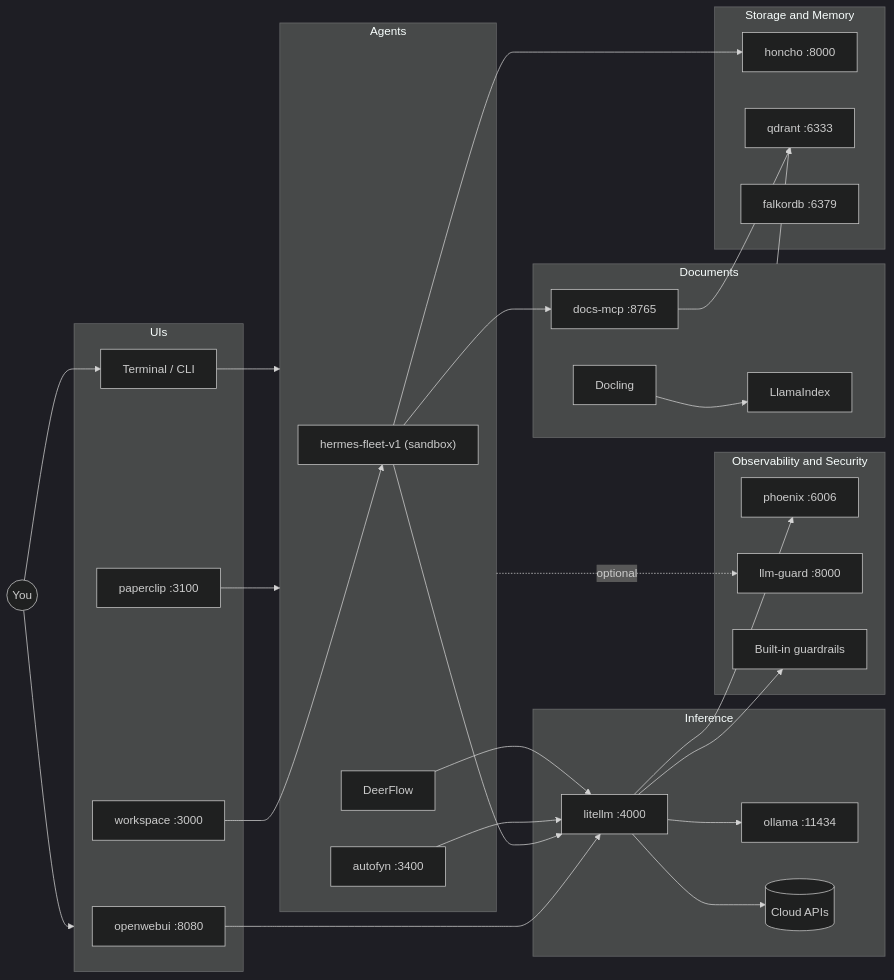
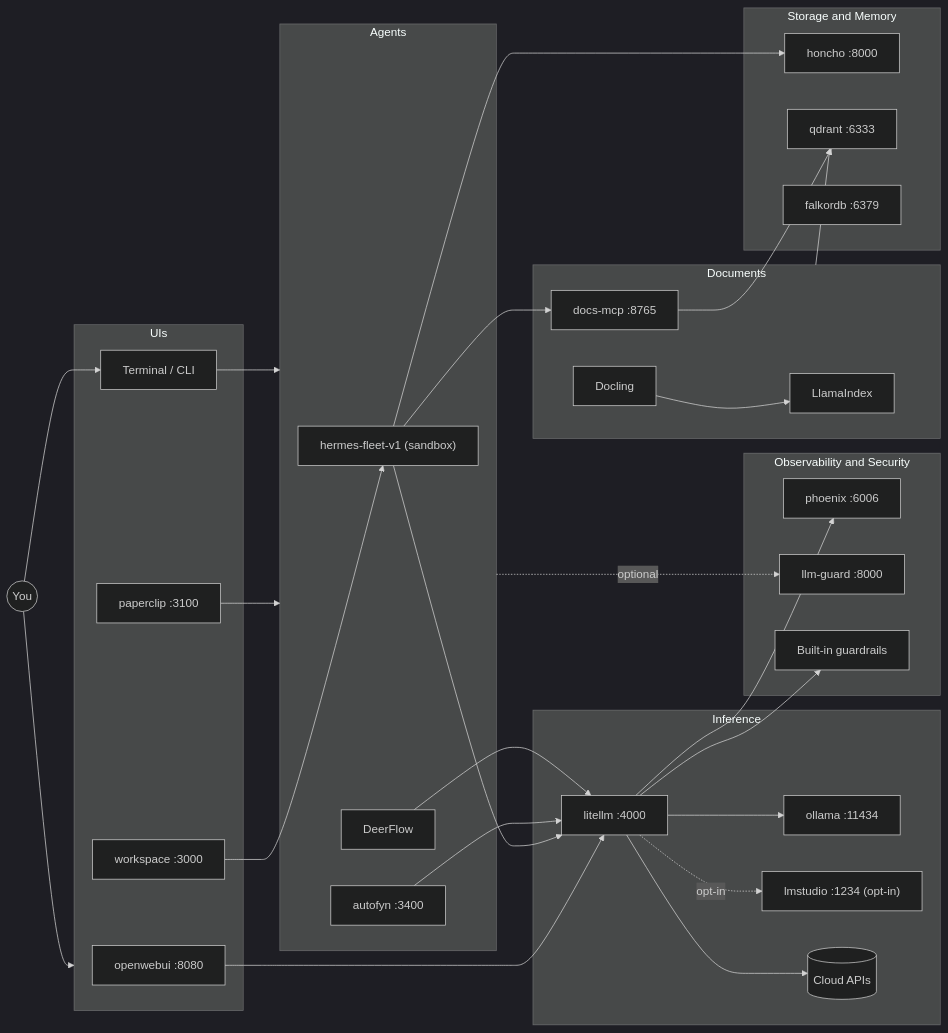
The first of 16 diagrams in doc/DIAGRAMS.md (mayssamj/versatile-ai-stack), drawn with Mermaid (dark theme) before and after one commit. The commit also changed other lines of this file and 16 other files, not shown here.

````diff
--- a/doc/DIAGRAMS.md
+++ b/doc/DIAGRAMS.md
@@ -36,67 +36,69 @@
 ```mermaid
 flowchart LR
   You((You))
 
   subgraph UIs[UIs]
     OWU[openwebui :8080]
     HW[workspace :3000]
     PC[paperclip :3100]
     CLI["Terminal / CLI"]
   end
 
   subgraph Agents[Agents]
     HF["hermes-fleet-v1 (sandbox)"]
     AF[autofyn :3400]
     DF[DeerFlow]
   end
 
   subgraph Infer[Inference]
     LL[litellm :4000]
     OL[ollama :11434]
+    LMS["lmstudio :1234 (opt-in)"]
     CLOUD[(Cloud APIs)]
   end
 
   subgraph Storage[Storage and Memory]
     HO[honcho :8000]
     QD[qdrant :6333]
     FK[falkordb :6379]
   end
 
   subgraph Docs[Documents]
     DC[Docling]
     LI[LlamaIndex]
     MCP[docs-mcp :8765]
   end
 
   subgraph Obs[Observability and Security]
     PX[phoenix :6006]
     LG[llm-guard :8000]
     GR[Built-in guardrails]
   end
 
   You --> UIs
   You --> CLI
 
   OWU --> LL
   HW --> HF
   PC --> Agents
   CLI --> Agents
 
   HF --> LL
   AF --> LL
   DF --> LL
   HF --> HO
   HF --> MCP
 
   LL --> OL
+  LL -.opt-in.-> LMS
   LL --> CLOUD
   LL --> PX
   LL --> GR
 
   Docs --> QD
   MCP --> QD
   DC --> LI
   LI --> Docs
 
   Agents -.optional.-> LG
 ```
````
